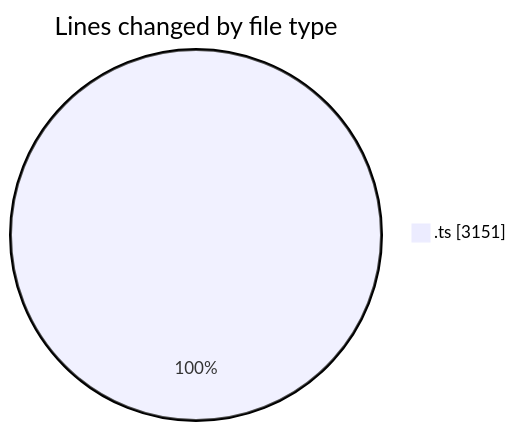
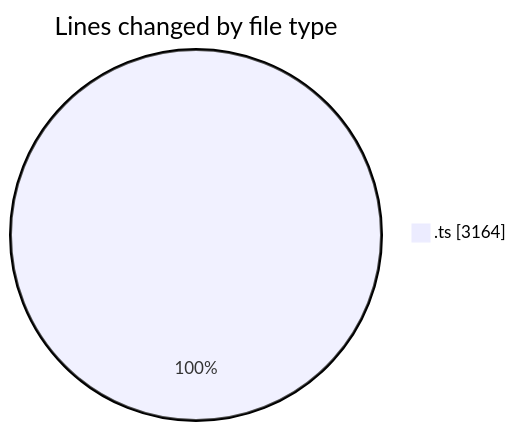
The first of 2 diagrams in 2025-06-24/cda/README.md (momahboobian/code-tracking), drawn with Mermaid before and after one commit. The commit also changed other lines of this file and 1 other file, not shown here.

````diff
--- a/2025-06-24/cda/README.md
+++ b/2025-06-24/cda/README.md
@@ -24,5 +24,5 @@
 ```mermaid
 pie showData
 title Lines changed by file type
-".ts" : 3151
+".ts" : 3164
 ```
````
